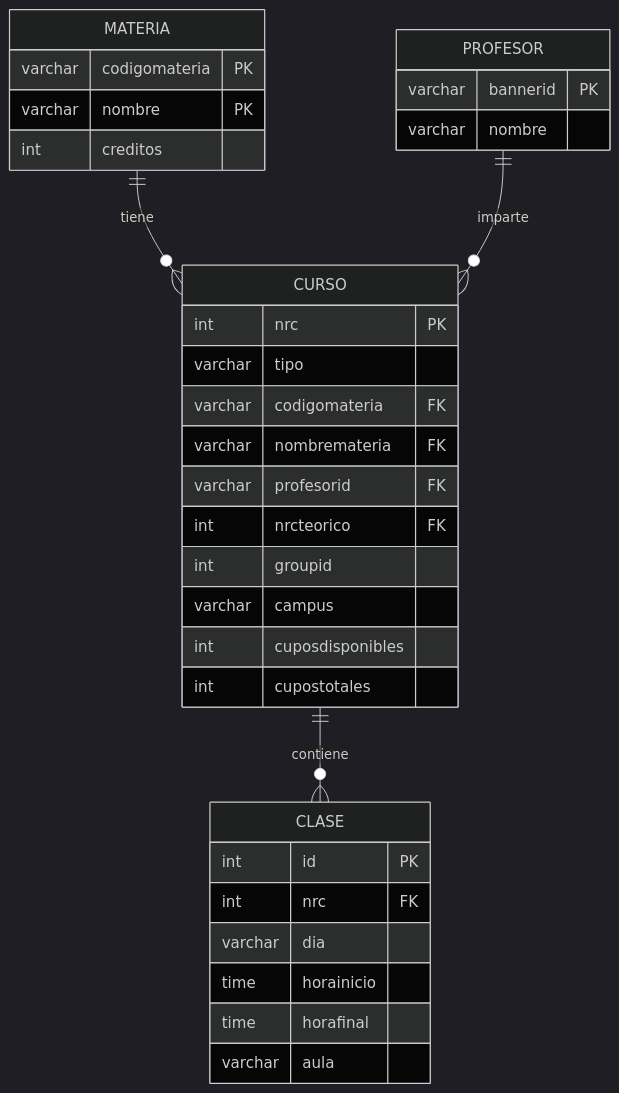
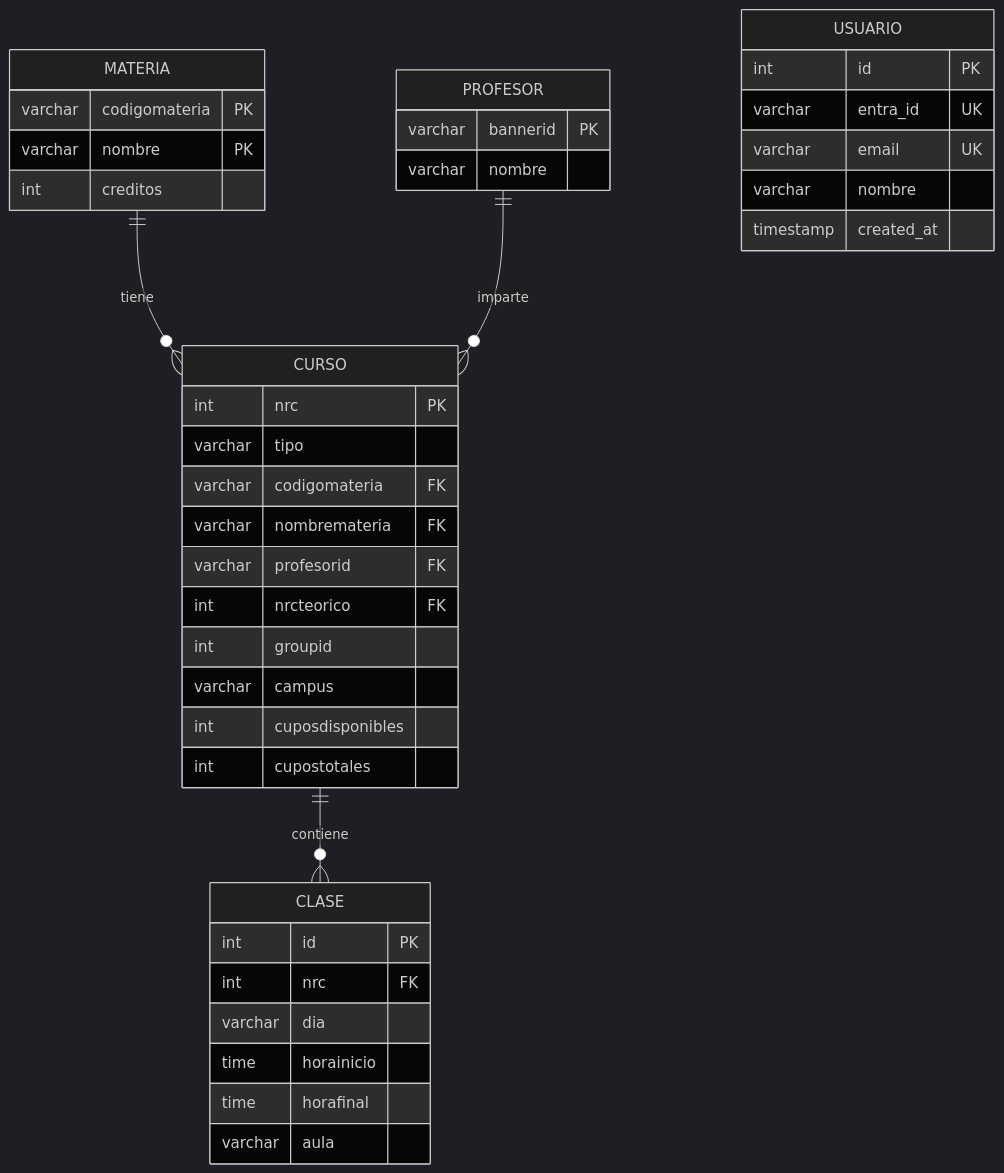
Before and after one commit to ISCOUTB/DH-ScheduleGeneratorUTB: the first of 2 diagrams in docs/modelo_datos.md, drawn with Mermaid (dark theme). The commit also changed other lines of this file and 12 other files, not shown here.

````diff
--- a/docs/modelo_datos.md
+++ b/docs/modelo_datos.md
@@ -7,39 +14,47 @@
 ```mermaid
 erDiagram
     MATERIA ||--o{ CURSO : tiene
     PROFESOR ||--o{ CURSO : imparte
     CURSO ||--o{ CLASE : contiene
 
     MATERIA {
         varchar codigomateria PK
         varchar nombre PK
         int creditos
     }
 
     CURSO {
         int nrc PK
         varchar tipo
         varchar codigomateria FK
         varchar nombremateria FK
         varchar profesorid FK
         int nrcteorico FK
         int groupid
         varchar campus
         int cuposdisponibles
         int cupostotales
     }
 
     CLASE {
         int id PK
         int nrc FK
         varchar dia
         time horainicio
         time horafinal
         varchar aula
     }
 
     PROFESOR {
         varchar bannerid PK
         varchar nombre
     }
+
+    USUARIO {
+        int id PK
+        varchar entra_id UK
+        varchar email UK
+        varchar nombre
+        timestamp created_at
+    }
 ```
````
